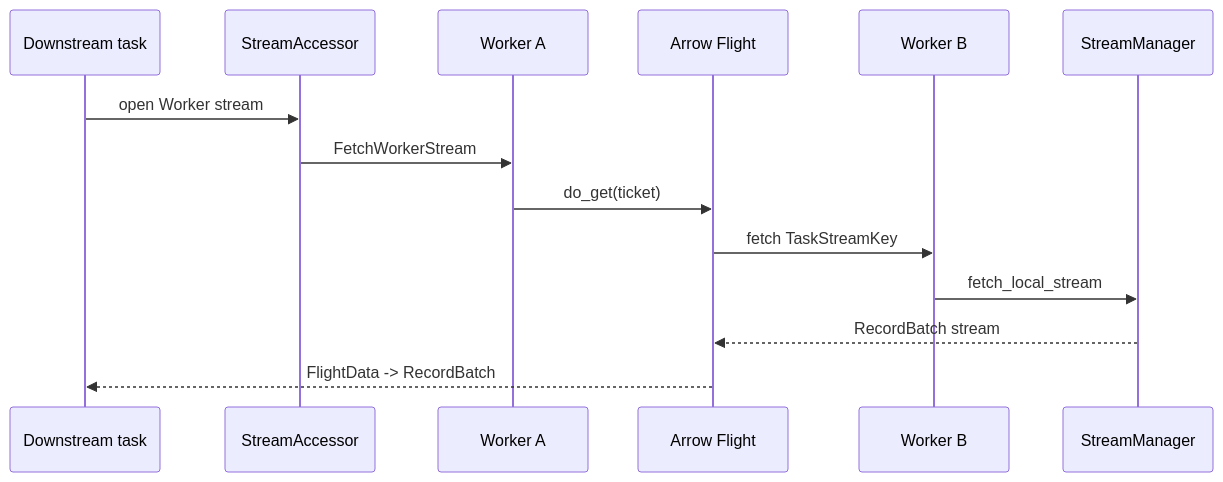
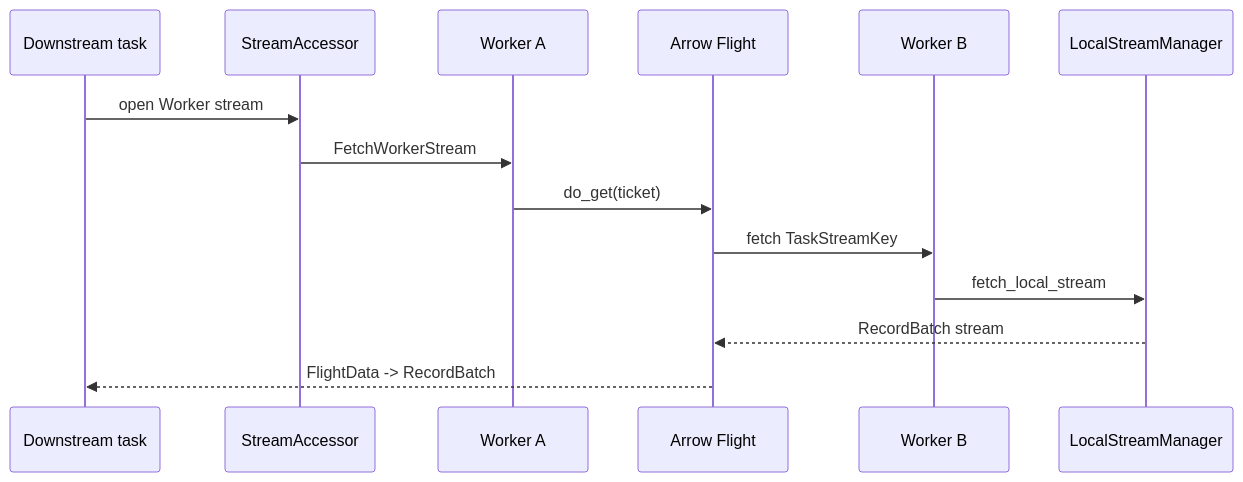
The fourth of 5 diagrams in sail-rust-book/sources/08-drivers-workers-tasks-and-streams.md (firstpair/sail-rust-book), drawn with Mermaid before and after one commit. The commit also changed other lines of this file and 27 other files, not shown here.

````diff
--- a/sail-rust-book/sources/08-drivers-workers-tasks-and-streams.md
+++ b/sail-rust-book/sources/08-drivers-workers-tasks-and-streams.md
@@ -888,17 +757,17 @@
 ```mermaid
 sequenceDiagram
     participant Reader as Downstream task
     participant Accessor as StreamAccessor
     participant WorkerA as Worker A
     participant Flight as Arrow Flight
     participant WorkerB as Worker B
-    participant Stream as StreamManager
+    participant Stream as LocalStreamManager
 
     Reader->>Accessor: open Worker stream
     Accessor->>WorkerA: FetchWorkerStream
     WorkerA->>Flight: do_get(ticket)
     Flight->>WorkerB: fetch TaskStreamKey
     WorkerB->>Stream: fetch_local_stream
     Stream-->>Flight: RecordBatch stream
     Flight-->>Reader: FlightData -> RecordBatch
 ```
````
